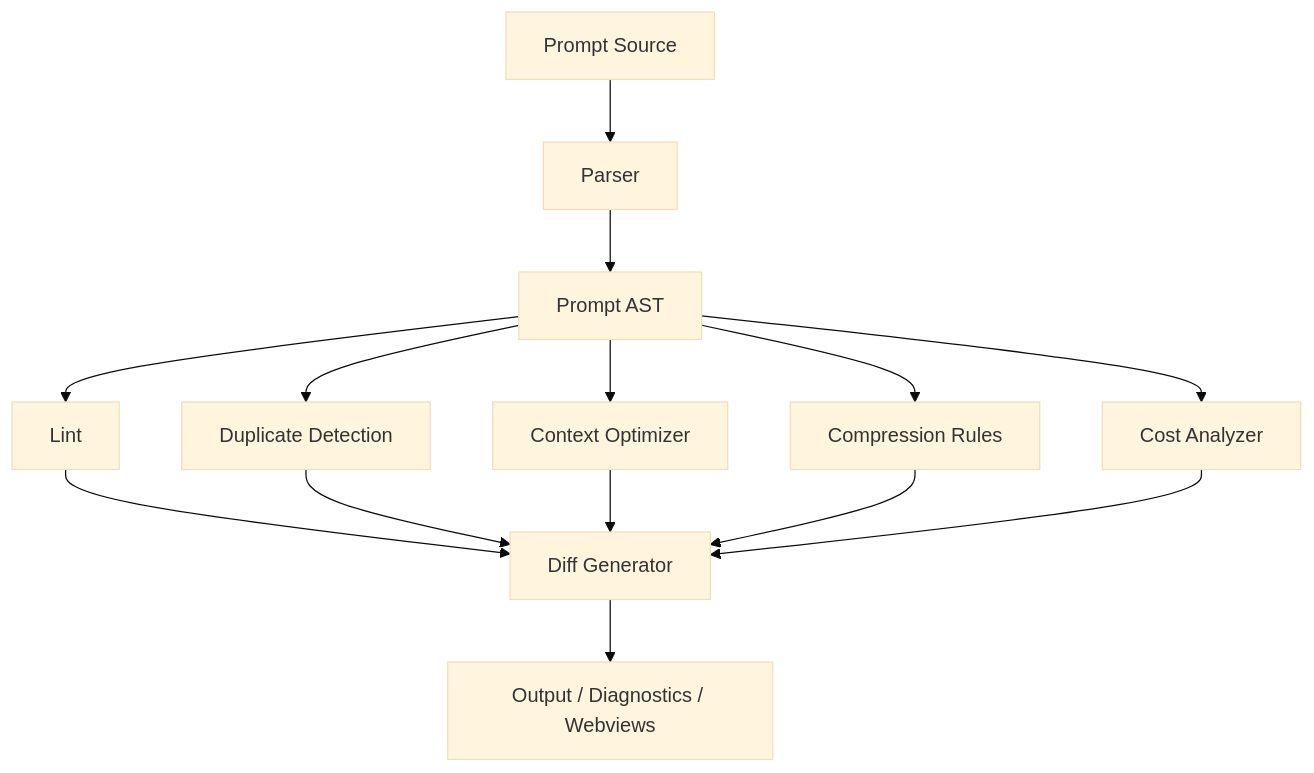
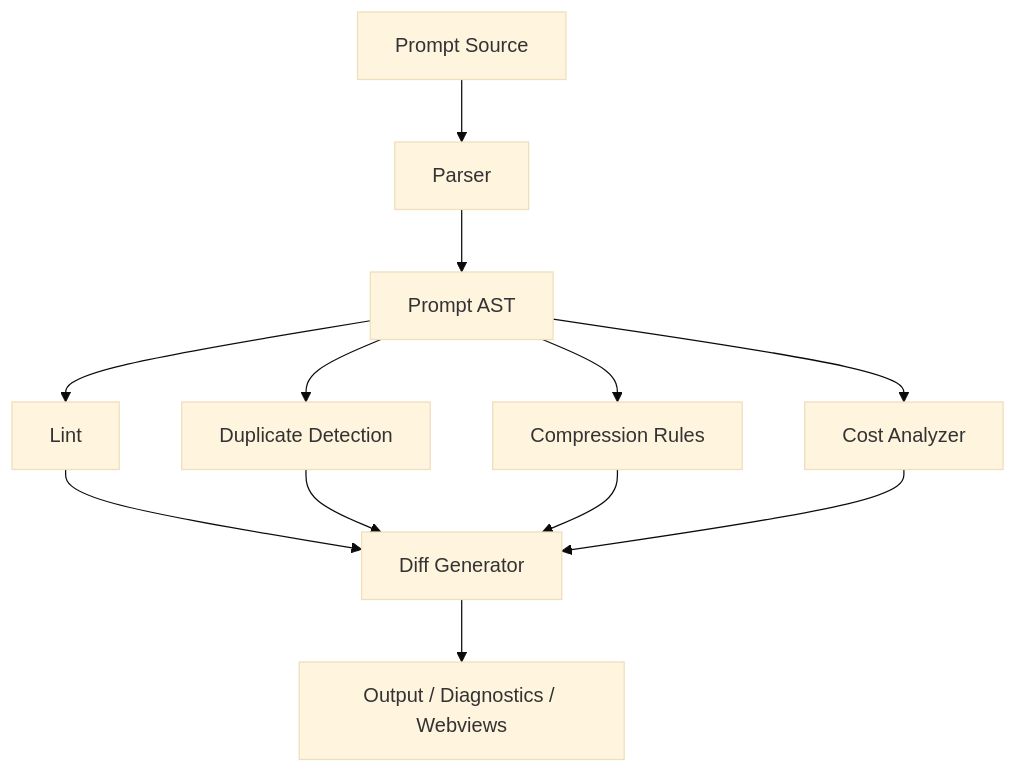
The diagram in PromptGuard_v2_Architecture.md (ShreeyashBihade/PromptGuard), drawn with Mermaid (base theme) before and after one commit. The commit also changed other lines of this file and 86 other files, not shown here.

````diff
--- a/PromptGuard_v2_Architecture.md
+++ b/PromptGuard_v2_Architecture.md
@@ -207,16 +205,14 @@
 ```mermaid
 flowchart TD
   A[Prompt Source] --> B[Parser]
   B --> C[Prompt AST]
   C --> D[Lint]
   C --> E[Duplicate Detection]
-  C --> F[Context Optimizer]
   C --> G[Compression Rules]
   C --> H[Cost Analyzer]
   D --> I[Diff Generator]
   E --> I
-  F --> I
   G --> I
   H --> I
   I --> J[Output / Diagnostics / Webviews]
 ```
````
